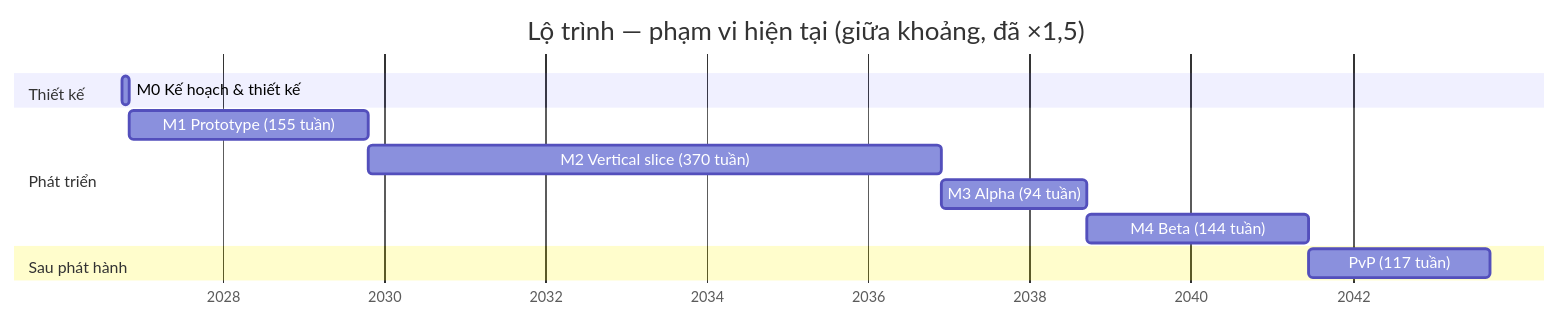
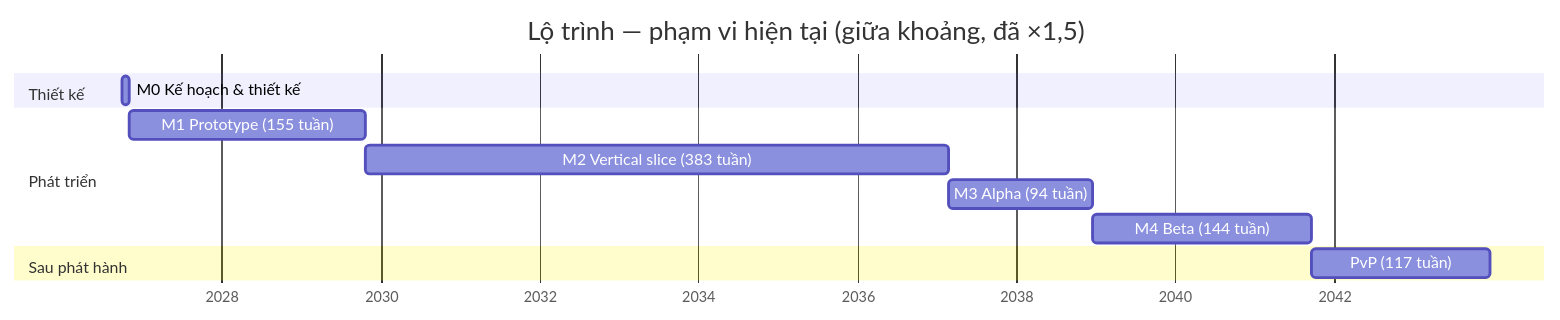
Before and after one commit to w-vi-khang/my-game: the diagram in design/05-roadmap.md, drawn with Mermaid. The commit also changed other lines of this file and 5 other files, not shown here.

Commit message:
design: thẻ bài & bắt sinh vật (tỉ lệ bắt theo cấp độ, bậc, bậc thẻ; hiệu ứng thẻ), roadmap M2 +8–14

````diff
--- a/design/05-roadmap.md
+++ b/design/05-roadmap.md
@@ -72,15 +72,15 @@
 ```mermaid
 gantt
     title Lộ trình — phạm vi hiện tại (giữa khoảng, đã ×1,5)
     dateFormat YYYY-MM-DD
     axisFormat %Y
     section Thiết kế
     M0 Kế hoạch & thiết kế        :m0, 2026-10-01, 32d
     section Phát triển
     M1 Prototype (155 tuần)        :m1, after m0, 1084d
-    M2 Vertical slice (370 tuần)   :m2, after m1, 2591d
+    M2 Vertical slice (383 tuần)   :m2, after m1, 2684d
     M3 Alpha (94 tuần)             :m3, after m2, 659d
     M4 Beta (144 tuần)             :m4, after m3, 1008d
     section Sau phát hành
     PvP (117 tuần)                 :pvp, after m4, 819d
 ```
````
